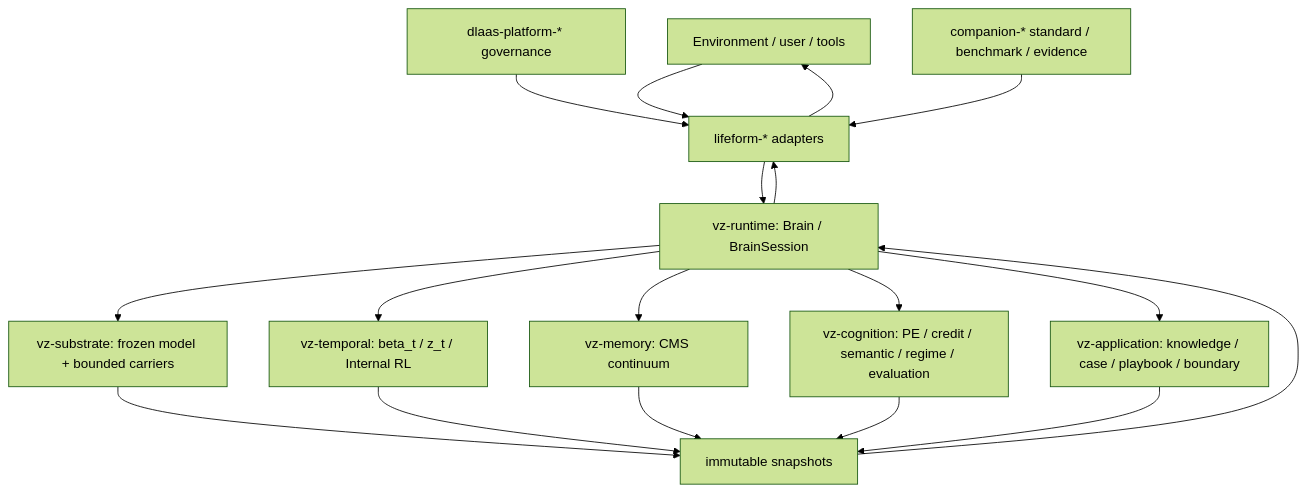
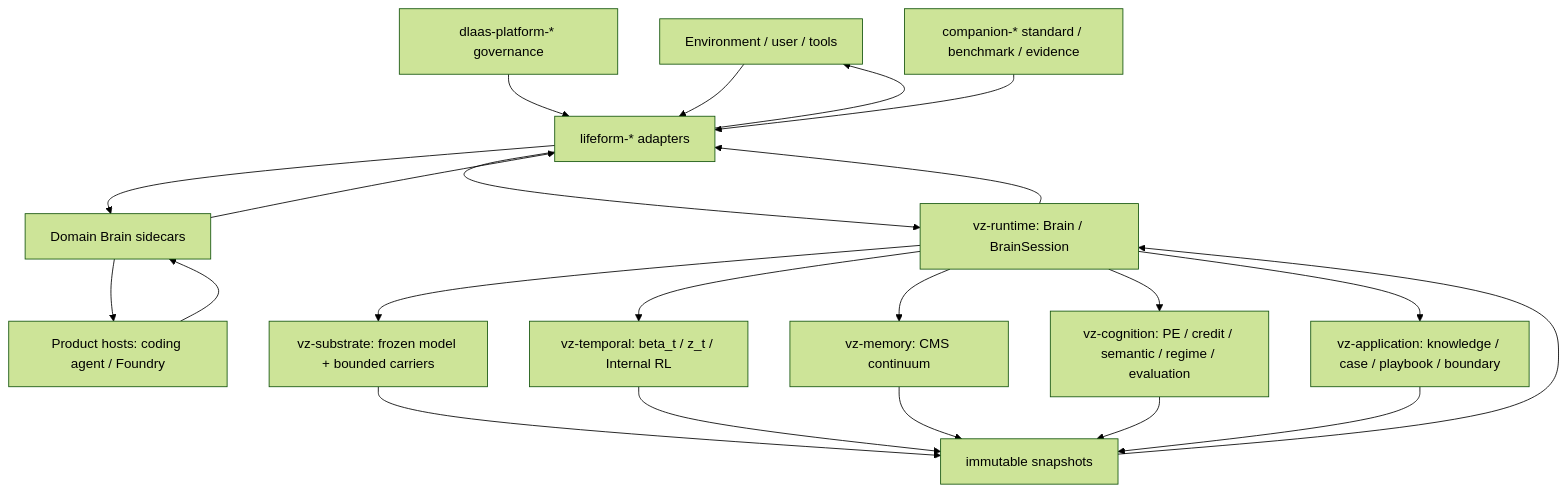
The first of 4 diagrams in docs/SYSTEM_DESIGN.md (ronaldzgithub/VolvenceZero), drawn with Mermaid (forest theme) before and after one commit. The commit also changed other lines of this file and 5 other files, not shown here.

First line of the commit message:
文档：将 Coding Brain 与 Venture Brain 纳入顶层设计

````diff
--- a/docs/SYSTEM_DESIGN.md
+++ b/docs/SYSTEM_DESIGN.md
@@ -42,20 +42,24 @@
 ```mermaid
 flowchart TB
     ENV["Environment / user / tools"] --> LF["lifeform-* adapters"]
+    HOST["Product hosts: coding agent / Foundry"] --> DB["Domain Brain sidecars"]
+    DB --> LF
+    LF --> DB
+    DB --> HOST
     LF --> RT["vz-runtime: Brain / BrainSession"]
     RT --> SUB["vz-substrate: frozen model + bounded carriers"]
     RT --> TMP["vz-temporal: beta_t / z_t / Internal RL"]
     RT --> MEM["vz-memory: CMS continuum"]
     RT --> COG["vz-cognition: PE / credit / semantic / regime / evaluation"]
     RT --> APP["vz-application: knowledge / case / playbook / boundary"]
     SUB --> BUS["immutable snapshots"]
     TMP --> BUS
     MEM --> BUS
     COG --> BUS
     APP --> BUS
     BUS --> RT
     RT --> LF
     LF --> ENV
     PLATFORM["dlaas-platform-* governance"] --> LF
     BENCH["companion-* standard / benchmark / evidence"] --> LF
 ```
````
